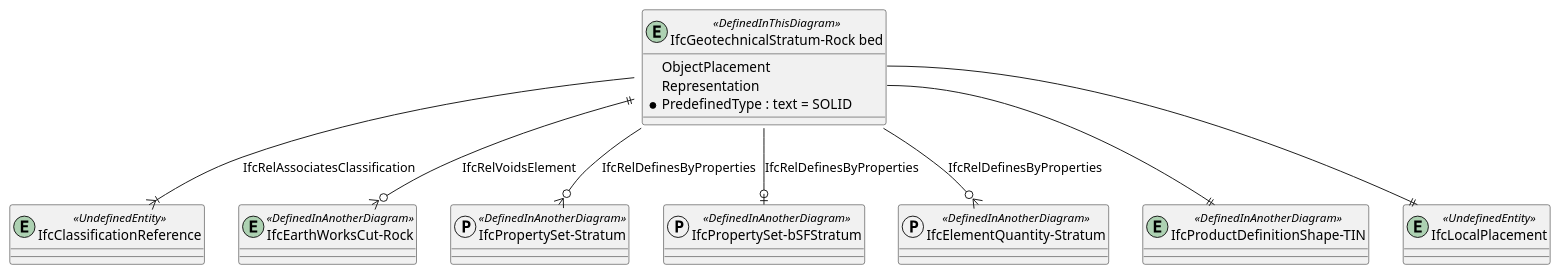
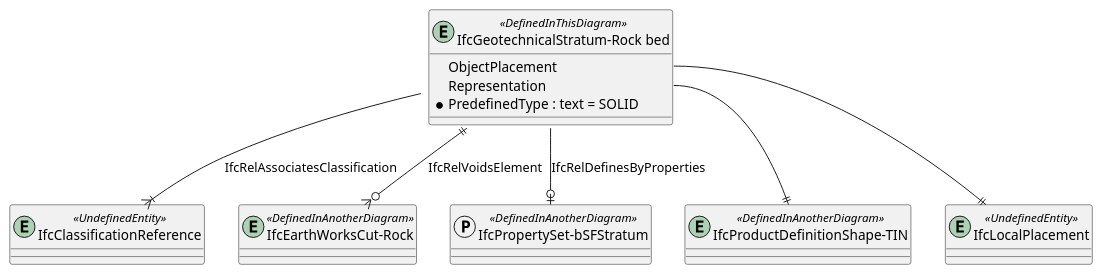
The diagram in diagrams/bsf-IfcGeotechnicalStratum-Rockbed.pu (buildingSMART-Finland/RYTV-IFCRoute), drawn with PlantUML before and after one commit. The commit also changed 3 other files, not shown here.

```diff
--- a/diagrams/bsf-IfcGeotechnicalStratum-Rockbed.pu
+++ b/diagrams/bsf-IfcGeotechnicalStratum-Rockbed.pu
@@ -1,31 +1,27 @@
 @startuml 
 
 entity "IfcGeotechnicalStratum-Rock bed" <<DefinedInThisDiagram>>
 {
   ObjectPlacement
   Representation
   *PredefinedType : text = SOLID
 }
 
 entity IfcLocalPlacement <<UndefinedEntity>>
 "IfcGeotechnicalStratum-Rock bed::ObjectPlacement" --|| IfcLocalPlacement
 
 entity "IfcProductDefinitionShape-TIN" <<DefinedInAnotherDiagram>>
 "IfcGeotechnicalStratum-Rock bed::Representation" --|| "IfcProductDefinitionShape-TIN"
 
 entity IfcClassificationReference <<UndefinedEntity>>
 "IfcGeotechnicalStratum-Rock bed" --|{ IfcClassificationReference : IfcRelAssociatesClassification
 
 entity "IfcEarthWorksCut-Rock" <<DefinedInAnotherDiagram>>
 "IfcGeotechnicalStratum-Rock bed" ||--o{ "IfcEarthWorksCut-Rock": IfcRelVoidsElement
 
-protocol "IfcPropertySet-Stratum" <<DefinedInAnotherDiagram>>
 protocol "IfcPropertySet-bSFStratum" <<DefinedInAnotherDiagram>>
-protocol "IfcElementQuantity-Stratum" <<DefinedInAnotherDiagram>>
 
 "IfcGeotechnicalStratum-Rock bed" --o| "IfcPropertySet-bSFStratum" : IfcRelDefinesByProperties
-"IfcGeotechnicalStratum-Rock bed" --o{ "IfcPropertySet-Stratum" : IfcRelDefinesByProperties
-"IfcGeotechnicalStratum-Rock bed" --o{ "IfcElementQuantity-Stratum" : IfcRelDefinesByProperties
 
 
 @enduml
```
